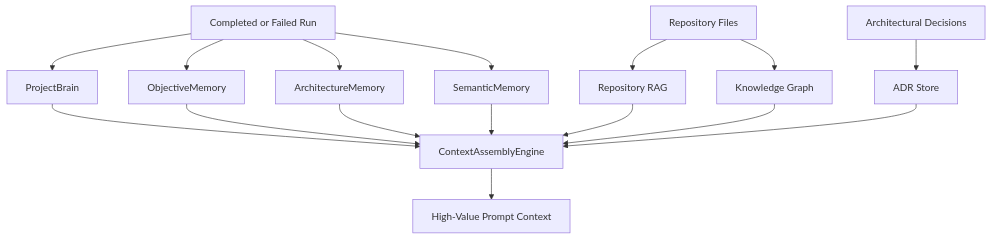
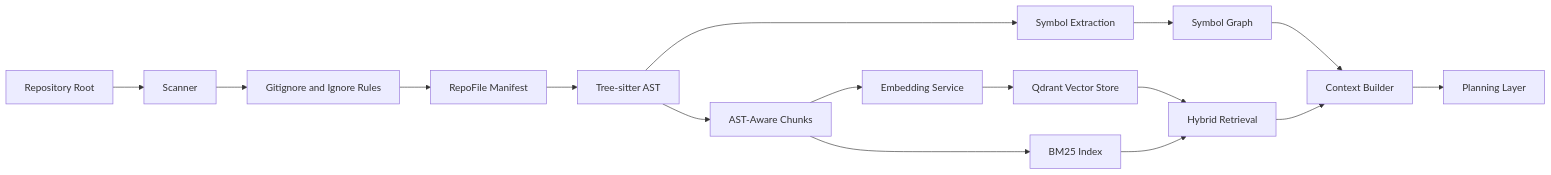
The fifth of 6 diagrams in README.md (ratishoberoi/forge), drawn with Mermaid before and after one commit. The commit also changed other lines of this file, not shown here.

````diff
--- a/README.md
+++ b/README.md
@@ -330,20 +220,18 @@
 ```mermaid
-graph TD
-    Run[Completed or Failed Run] --> Brain[ProjectBrain]
-    Run --> Objective[ObjectiveMemory]
-    Run --> Architecture[ArchitectureMemory]
-    Run --> Semantic[SemanticMemory]
-    Repo[Repository Files] --> RAG[Repository RAG]
-    Repo --> Graph[Knowledge Graph]
-    Decisions[Architectural Decisions] --> ADR[ADR Store]
-
-    Brain --> Assembly[ContextAssemblyEngine]
-    Objective --> Assembly
-    Architecture --> Assembly
-    Semantic --> Assembly
-    RAG --> Assembly
-    Graph --> Assembly
-    ADR --> Assembly
-
-    Assembly --> Prompt[High-Value Prompt Context]
+flowchart LR
+    Repo[Repository Root] --> Scan[Scanner]
+    Scan --> Ignore[Gitignore and Ignore Rules]
+    Ignore --> Files[RepoFile Manifest]
+    Files --> AST[Tree-sitter AST]
+    AST --> Symbols[Symbol Extraction]
+    AST --> Chunks[AST-Aware Chunks]
+    Symbols --> Graph[Symbol Graph]
+    Chunks --> Embed[Embedding Service]
+    Embed --> Vector[Qdrant Vector Store]
+    Chunks --> Lexical[BM25 Index]
+    Vector --> Hybrid[Hybrid Retrieval]
+    Lexical --> Hybrid
+    Graph --> Context[Context Builder]
+    Hybrid --> Context
+    Context --> Plan[Planning Layer]
 ```
````
